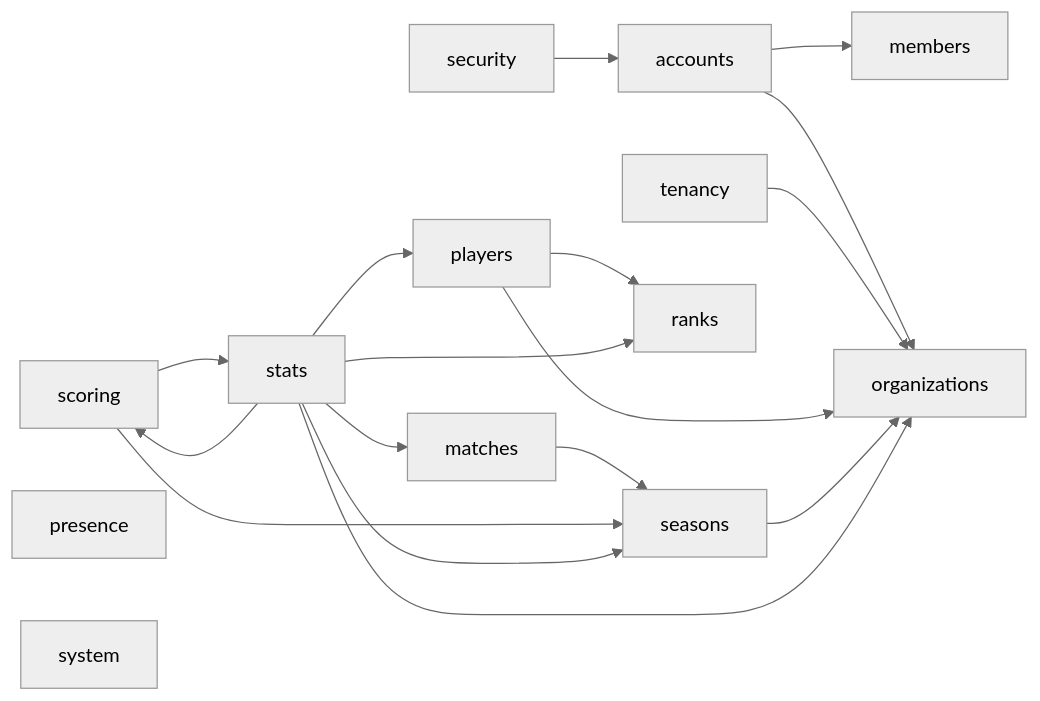
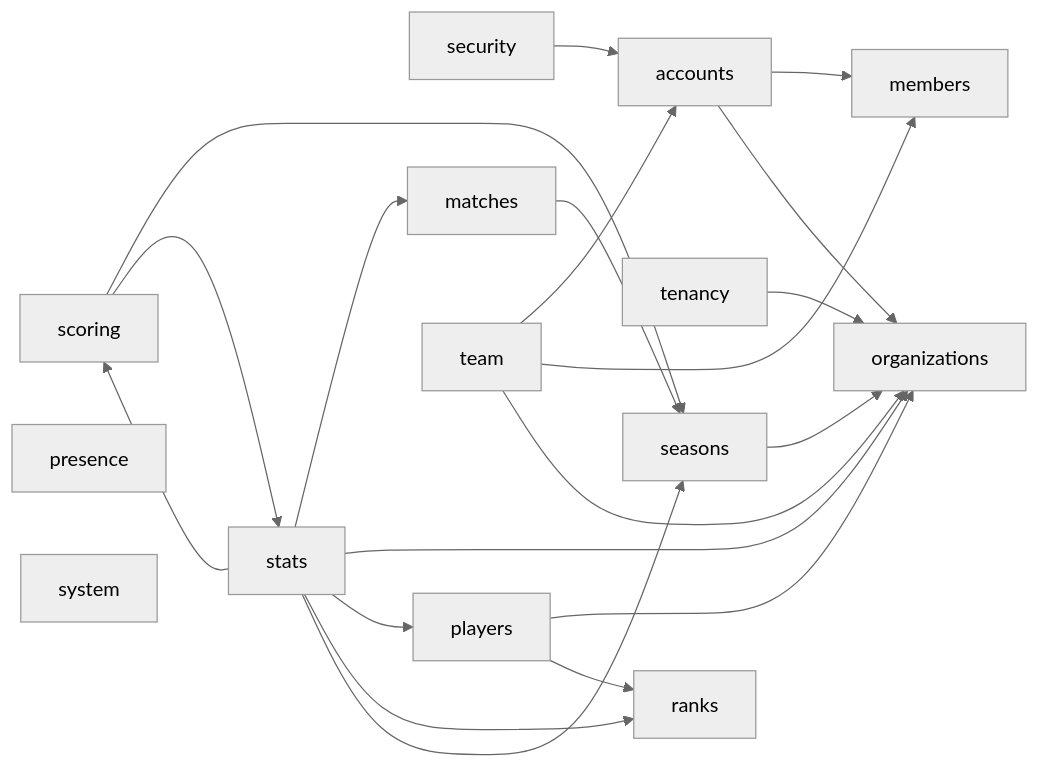
Before and after one commit to irmahs-labs/tournament-leaderboard: the third of 7 diagrams in docs/context-graph.md, drawn with Mermaid (neutral theme). The commit also changed other lines of this file and 15 other files, not shown here.

````diff
--- a/docs/context-graph.md
+++ b/docs/context-graph.md
@@ -42,21 +42,24 @@
 ```mermaid
 flowchart LR
     security --> accounts
     accounts --> members
     accounts --> organizations
     tenancy --> organizations
     players --> organizations
     players --> ranks
     seasons --> organizations
     matches --> seasons
     scoring --> seasons
     scoring --> stats
     stats --> matches
     stats --> organizations
     stats --> players
     stats --> ranks
     stats --> scoring
     stats --> seasons
+    team --> accounts
+    team --> members
+    team --> organizations
     presence
     system
 ```
````
